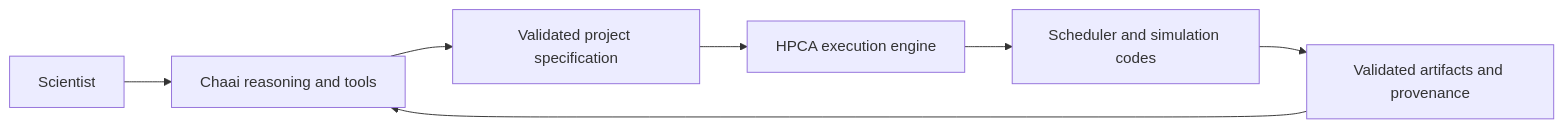
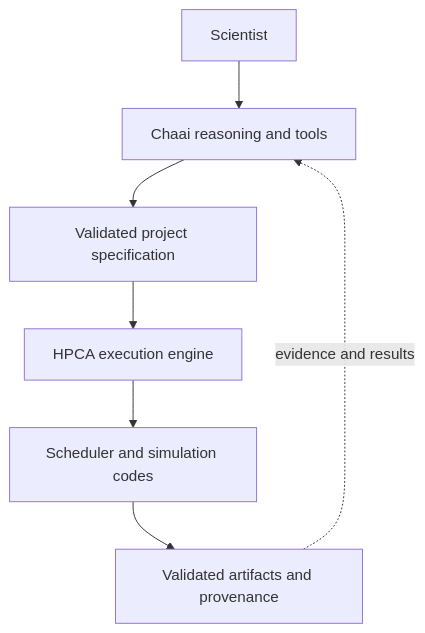
Before and after one commit to chaailabs/chaailabs.github.io: the diagram in documentation/index.md, drawn with Mermaid. The commit also changed other lines of this file and 5 other files, not shown here.

````diff
--- a/documentation/index.md
+++ b/documentation/index.md
@@ -47,9 +54,9 @@
 ```mermaid
-flowchart LR
+flowchart TB
   U[Scientist] --> C[Chaai reasoning and tools]
   C --> P[Validated project specification]
   P --> H[HPCA execution engine]
   H --> S[Scheduler and simulation codes]
   S --> V[Validated artifacts and provenance]
-  V --> C
+  V -. evidence and results .-> C
 ```
````
